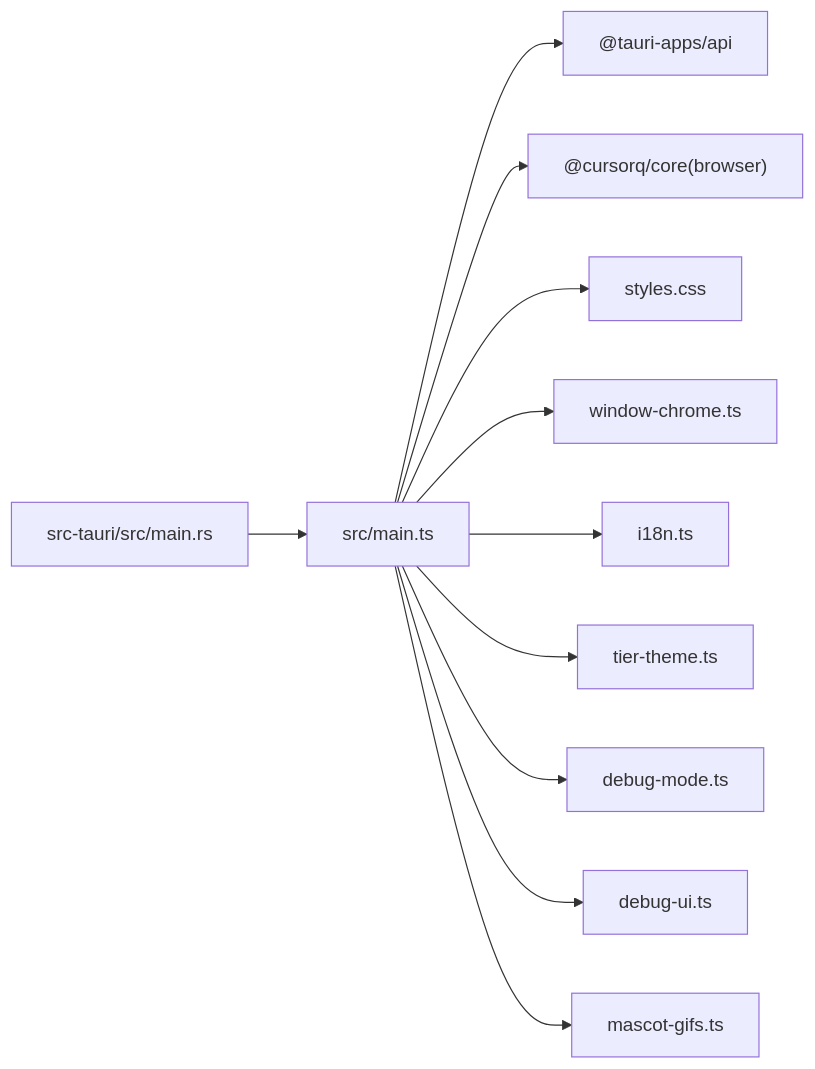
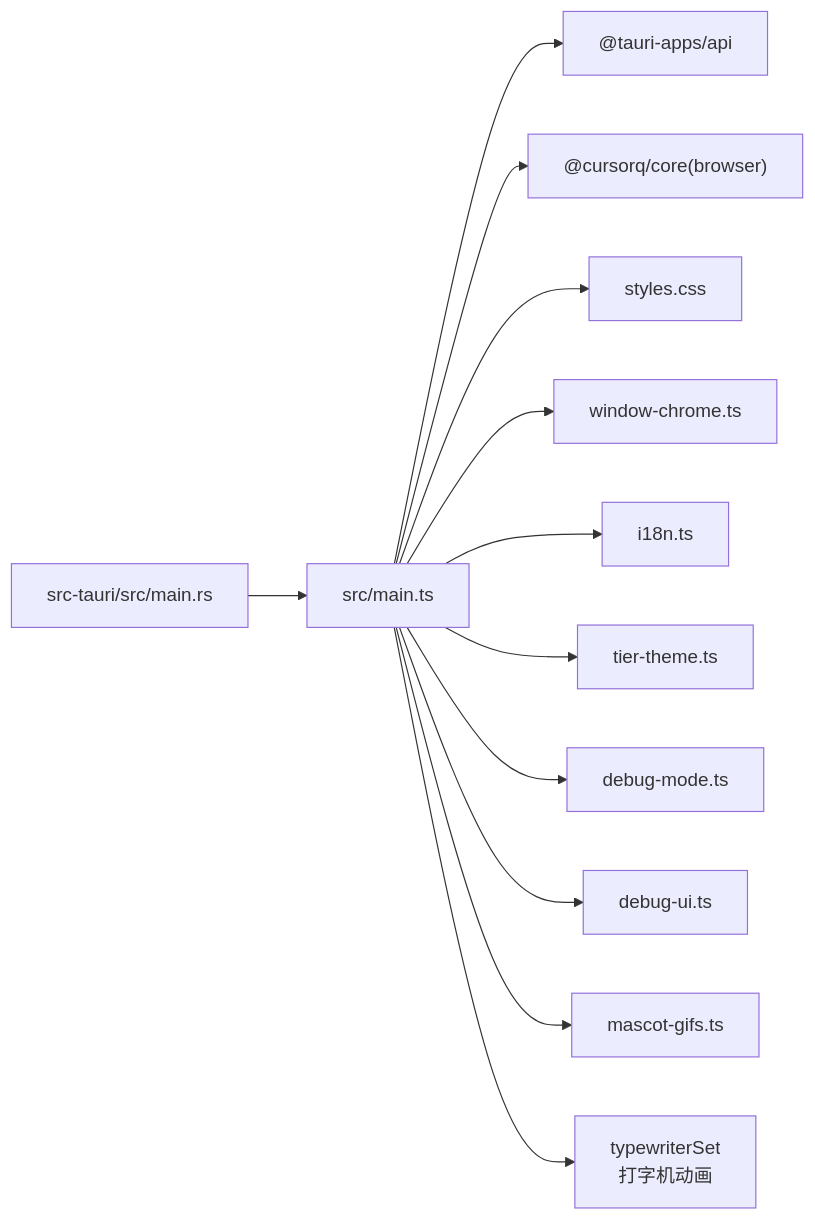
One commit to Sev73n/cursorq changed the tenth of 10 diagrams in .qoder/repowiki/zh/content/前端架构/前端架构.md. Above: the diagram before and after it, drawn with Mermaid. The commit also changed other lines of this file and 10 other files, not shown here.

````diff
--- a/.qoder/repowiki/zh/content/前端架构/前端架构.md
+++ b/.qoder/repowiki/zh/content/前端架构/前端架构.md
@@ -314,13 +364,14 @@
 ```mermaid
 graph LR
 Main["src/main.ts"] --> TauriAPI["@tauri-apps/api"]
 Main --> Core["@cursorq/core(browser)"]
 Main --> Styles["styles.css"]
 Main --> WindowChrome["window-chrome.ts"]
 Main --> I18n["i18n.ts"]
 Main --> TierTheme["tier-theme.ts"]
 Main --> DebugMode["debug-mode.ts"]
 Main --> DebugUI["debug-ui.ts"]
 Main --> Mascot["mascot-gifs.ts"]
+Main --> Typewriter["typewriterSet<br/>打字机动画"]
 RustMain["src-tauri/src/main.rs"] --> Main
 ```
````
